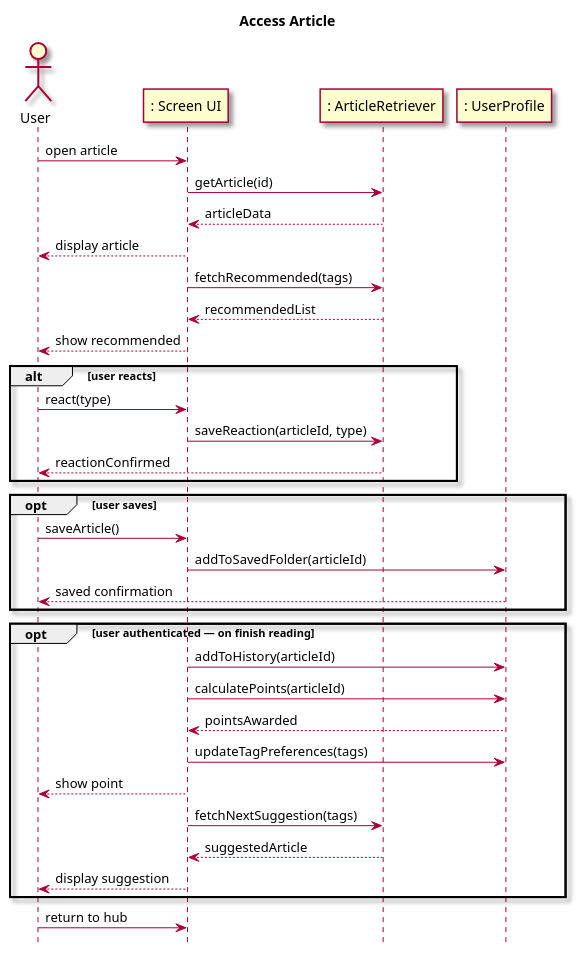
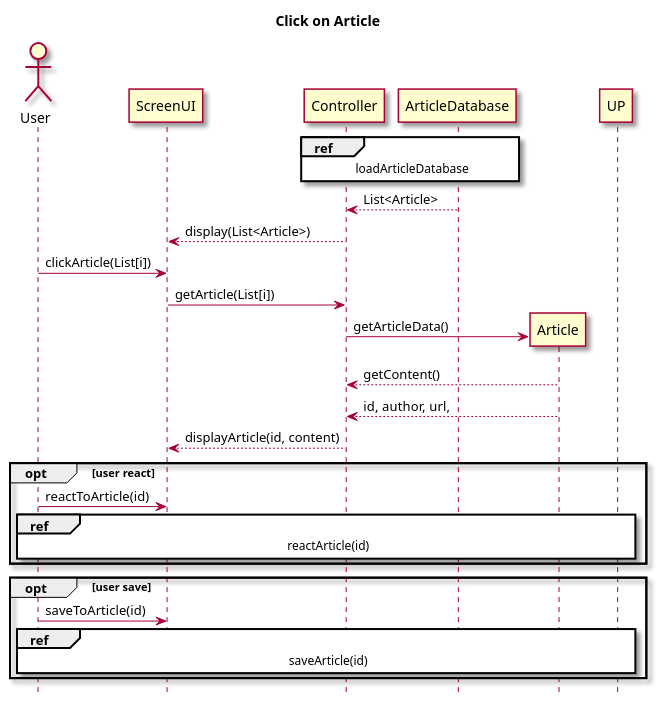
One commit to owhitleym-ui/EcoScoop changed the third of 3 diagrams in intellij/doc/use-cases/access-article.md. Above: the diagram before and after it, drawn with PlantUML. The commit also changed other lines of this file and 1 other file, not shown here.

Commit message:
Updated Sequence Diagram for Access Article

````diff
--- a/intellij/doc/use-cases/access-article.md
+++ b/intellij/doc/use-cases/access-article.md
@@ -74,55 +96,46 @@
 ```plantuml
 @startuml
 
+title Click on Article
 skin rose
 hide footbox
 
-title Access Article
-
 actor User as user
-participant ": Screen UI" as UI
-participant ": ArticleRetriever" as retriever
-participant ": UserProfile" as userprofile
-
-user -> UI : open article
-UI -> retriever: getArticle(id)
-retriever--> UI : articleData
-UI --> user : display article
-
-UI -> retriever:  fetchRecommended(tags)
-retriever--> UI :  recommendedList
-UI --> user :  show recommended
+participant ScreenUI as UI
+participant Controller as controller
+participant ArticleDatabase as AD
 
 
-alt user reacts
-    user -> UI :  react(type)
-    UI -> retriever:  saveReaction(articleId, type)
-    retriever--> user :  reactionConfirmed
+ref over AD, controller
+loadArticleDatabase
+end ref  
+
+AD --> controller : List<Article>
+controller --> UI : display(List<Article>)
+
+
+user -> UI : clickArticle(List[i])
+UI -> controller : getArticle(List[i])
+controller -> Article ** : getArticleData()
+
+
+Article --> controller : getContent()
+Article --> controller : id, author, url, 
+controller --> UI :displayArticle(id, content)
+
+opt user react
+user -> UI: reactToArticle(id)
+ref over user, controller, UI,UP
+    reactArticle(id)
+    end ref
 end
 
-opt user saves
-    user -> UI :  saveArticle()
-    UI -> userprofile :  addToSavedFolder(articleId)
-    userprofile --> user :  saved confirmation
+opt user save
+user -> UI: saveToArticle(id)
+ref over user, controller, UI,UP
+    saveArticle(id)
+    end ref
 end
 
-opt user authenticated — on finish reading
-    UI -> userprofile :  addToHistory(articleId)
-    UI -> userprofile :  calculatePoints(articleId)
-    userprofile --> UI :  pointsAwarded
-    UI -> userprofile :  updateTagPreferences(tags)
-    UI --> user :  show point
-    UI -> retriever:  fetchNextSuggestion(tags)
-    retriever --> UI :  suggestedArticle
-    UI --> user :  display suggestion
-end
-
-user -> UI :  return to hub
-
 @enduml
-
-
-
-
-
 ```
````
